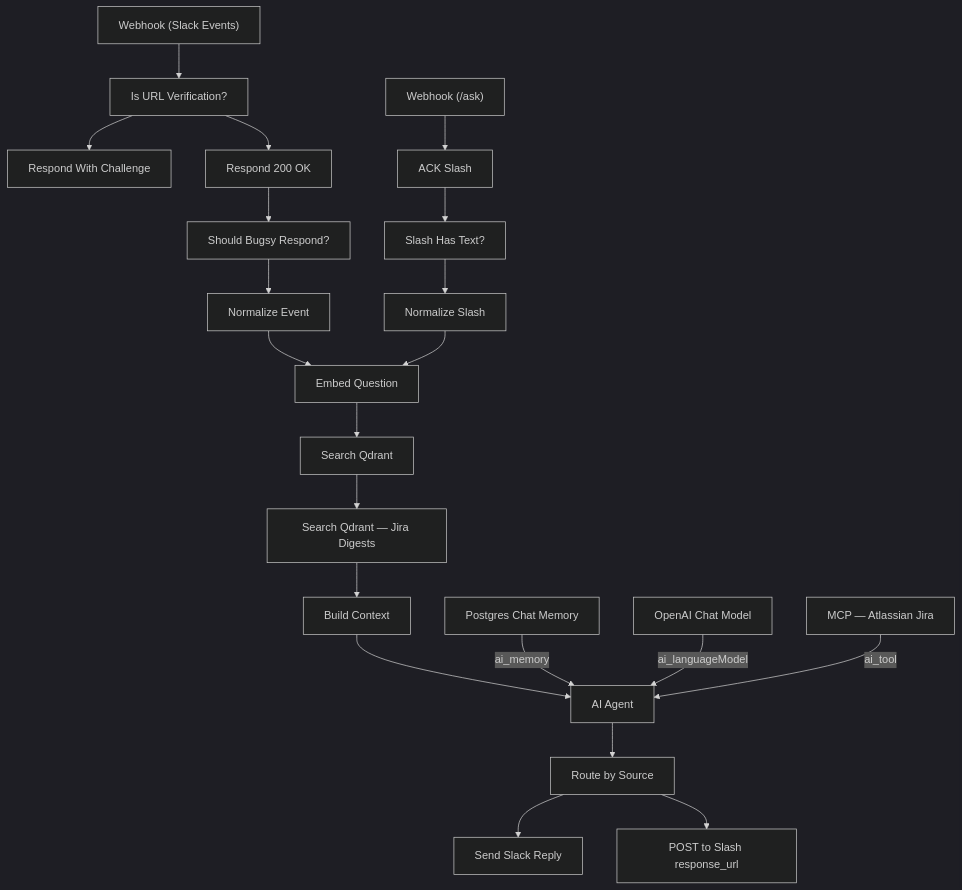
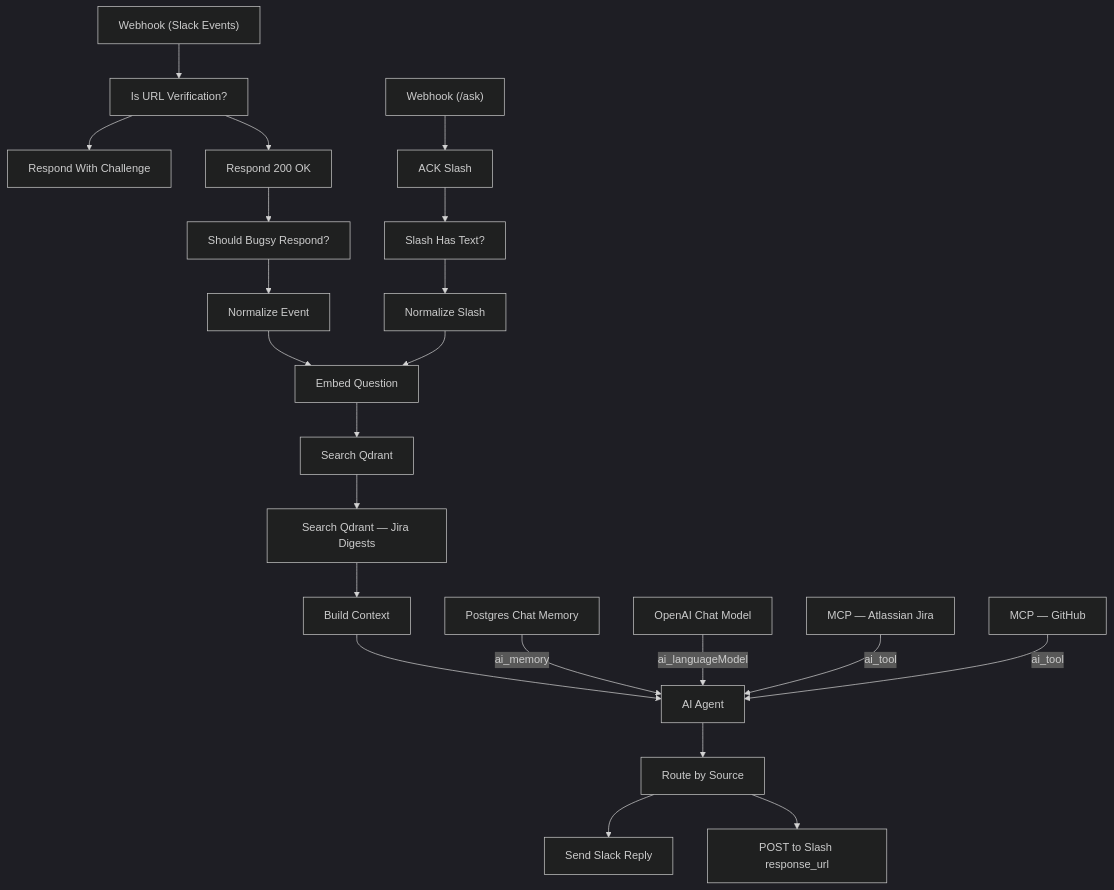
One commit to anthonycoffey/_agent changed the second of 2 diagrams in docs/workflows/bugsy-unified.md. Above: the diagram before and after it, drawn with Mermaid (dark theme). The commit also changed other lines of this file and 4 other files, not shown here.

````diff
--- a/docs/workflows/bugsy-unified.md
+++ b/docs/workflows/bugsy-unified.md
@@ -112,44 +112,46 @@
 ```mermaid
 flowchart TD
   webhook_slack_events["Webhook (Slack Events)"]
   is_url_verification["Is URL Verification?"]
   respond_with_challenge["Respond With Challenge"]
   respond_200_ok["Respond 200 OK"]
   should_bugsy_respond["Should Bugsy Respond?"]
   normalize_event["Normalize Event"]
   webhook_ask["Webhook (/ask)"]
   ack_slash["ACK Slash"]
   slash_has_text["Slash Has Text?"]
   normalize_slash["Normalize Slash"]
   embed_question["Embed Question"]
   search_qdrant["Search Qdrant"]
   search_qdrant_jira_digests["Search Qdrant — Jira Digests"]
   build_context["Build Context"]
   ai_agent["AI Agent"]
   postgres_chat_memory["Postgres Chat Memory"]
   openai_chat_model["OpenAI Chat Model"]
   mcp_atlassian_jira["MCP — Atlassian Jira"]
+  mcp_github["MCP — GitHub"]
   route_by_source["Route by Source"]
   send_slack_reply["Send Slack Reply"]
   post_to_slash_response_url["POST to Slash response_url"]
   webhook_slack_events --> is_url_verification
   is_url_verification --> respond_with_challenge
   is_url_verification --> respond_200_ok
   respond_200_ok --> should_bugsy_respond
   should_bugsy_respond --> normalize_event
   normalize_event --> embed_question
   webhook_ask --> ack_slash
   ack_slash --> slash_has_text
   slash_has_text --> normalize_slash
   normalize_slash --> embed_question
   embed_question --> search_qdrant
   search_qdrant --> search_qdrant_jira_digests
   search_qdrant_jira_digests --> build_context
   build_context --> ai_agent
   postgres_chat_memory -->|ai_memory| ai_agent
   openai_chat_model -->|ai_languageModel| ai_agent
   mcp_atlassian_jira -->|ai_tool| ai_agent
+  mcp_github -->|ai_tool| ai_agent
   ai_agent --> route_by_source
   route_by_source --> send_slack_reply
   route_by_source --> post_to_slash_response_url
 ```
````
